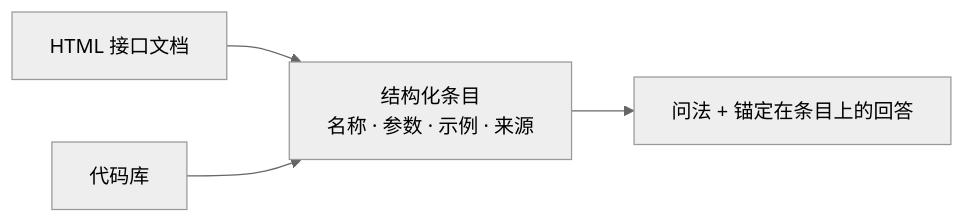
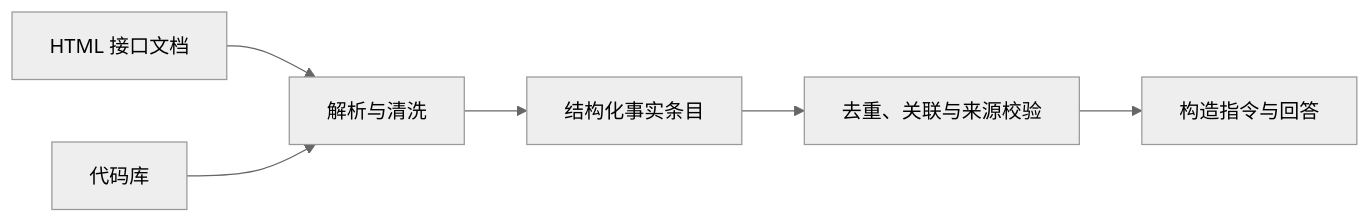
One commit to lalalala-agent/lalalala-agent.github.io changed the first of 2 diagrams in 笔记/LLM训练/LoRA微调.md. Above: the diagram before and after it, drawn with Mermaid (neutral theme). The commit also changed other lines of this file and 213 other files, not shown here.

````diff
--- a/笔记/LLM训练/LoRA微调.md
+++ b/笔记/LLM训练/LoRA微调.md
@@ -18,6 +37,8 @@
 ```mermaid
 flowchart LR
-    Html["HTML 接口文档"] --> Entry["结构化条目<br/>名称 · 参数 · 示例 · 来源"]
-    Code["代码库"] --> Entry
-    Entry --> Pair["问法 + 锚定在条目上的回答"]
+    Html["HTML 接口文档"] --> Parse["解析与清洗"]
+    Code["代码库"] --> Parse
+    Parse --> Entry["结构化事实条目"]
+    Entry --> Verify["去重、关联与来源校验"]
+    Verify --> Pair["构造指令与回答"]
 ```
````
